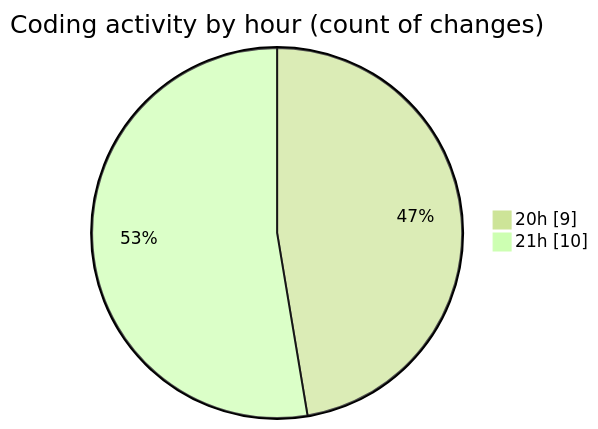
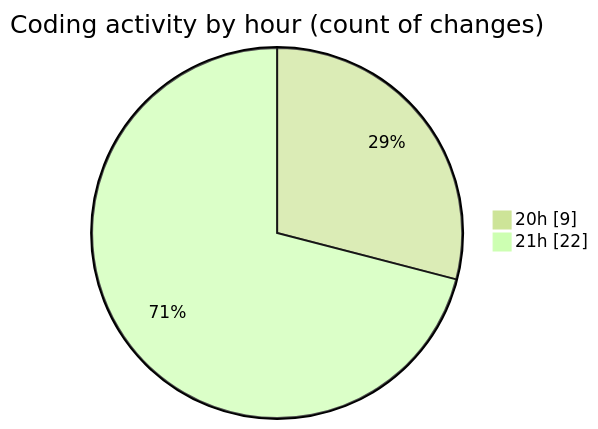
The second of 2 diagrams in 2025-12-08/dsa/README.md (Ritupan-Deka/code-tracking), drawn with Mermaid (forest theme) before and after one commit. The commit also changed other lines of this file and 1 other file, not shown here.

````diff
--- a/2025-12-08/dsa/README.md
+++ b/2025-12-08/dsa/README.md
@@ -31,6 +31,6 @@
 ```mermaid
 pie showData
 title Coding activity by hour (count of changes)
 "20h" : 9
-"21h" : 10
+"21h" : 22
 ```
````
